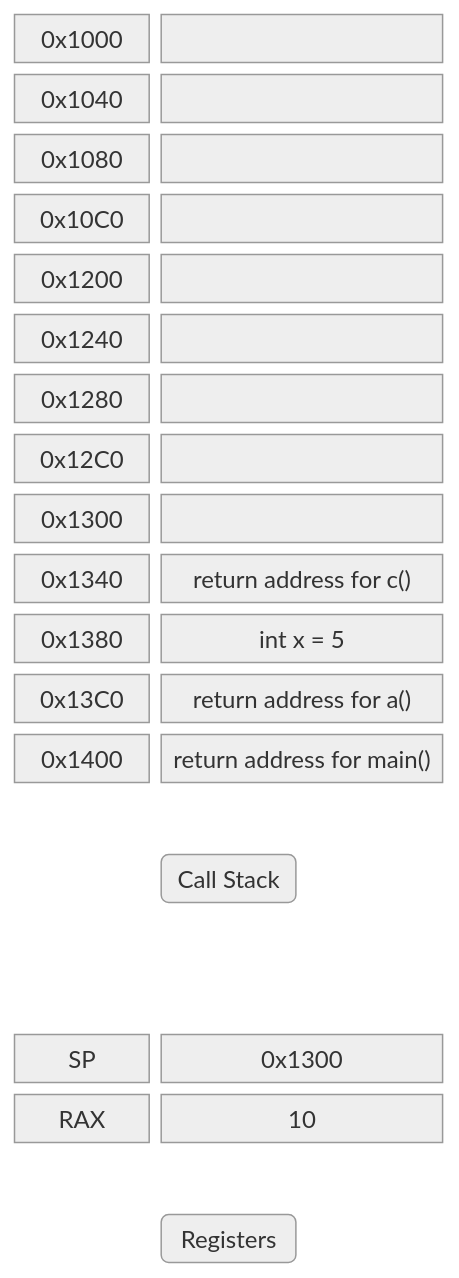
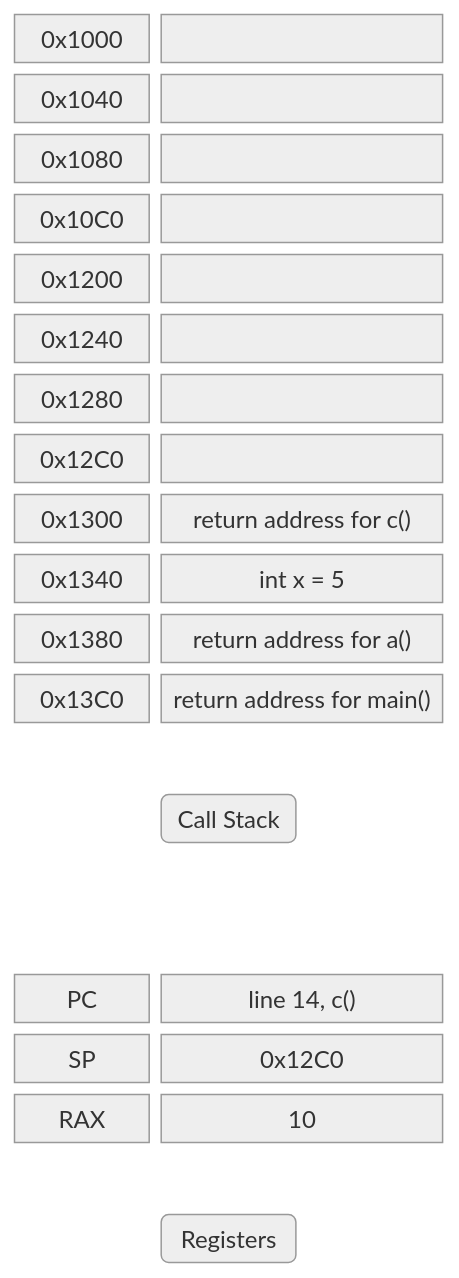
One commit to GlennVL-AP/cpp-programming-slides changed diagram 11 of 19 in slides/session_6/index.md. Above: the diagram before and after it, drawn with Mermaid (neutral theme). The commit also changed other lines of this file, not shown here.

````diff
--- a/slides/session_6/index.md
+++ b/slides/session_6/index.md
@@ -1184,40 +1377,40 @@
 ```mermaid
 block-beta
   columns 3
   addr1["0x1000"]:1
   frame1[" "]:2
   addr2["0x1040"]:1
   frame2[" "]:2
   addr3["0x1080"]:1
   frame3[" "]:2
   addr4["0x10C0"]:1
   frame4[" "]:2
   addr5["0x1200"]:1
   frame5[" "]:2
   addr6["0x1240"]:1
   frame6[" "]:2
   addr7["0x1280"]:1
   frame7[" "]:2
   addr8["0x12C0"]:1
   frame8[" "]:2
   addr9["0x1300"]:1
-  frame9[" "]:2
+  frame9["return address for c()"]:2
   addr10["0x1340"]:1
-  frame10["return address for c()"]:2
+  frame10["int x = 5"]:2
   addr11["0x1380"]:1
-  frame11["int x = 5"]:2
+  frame11["return address for a()"]:2
   addr12["0x13C0"]:1
-  frame12["return address for a()"]:2
-  addr13["0x1400"]:1
-  frame13["return address for main()"]:2
+  frame12["return address for main()"]:2
   space:3
   space callstack("Call Stack") space
   space:3
   space:3
-  reg1["SP"]:1
-  regval1["0x1300"]:2
-  reg2["RAX"]:1
-  regval2["10"]:2
+  reg1["PC"]:1
+  regval1["line 14, c()"]:2
+  reg2["SP"]:1
+  regval2["0x12C0"]:2
+  reg3["RAX"]:1
+  regval3["10"]:2
   space:3
   space registers("Registers") space
 ```
````
